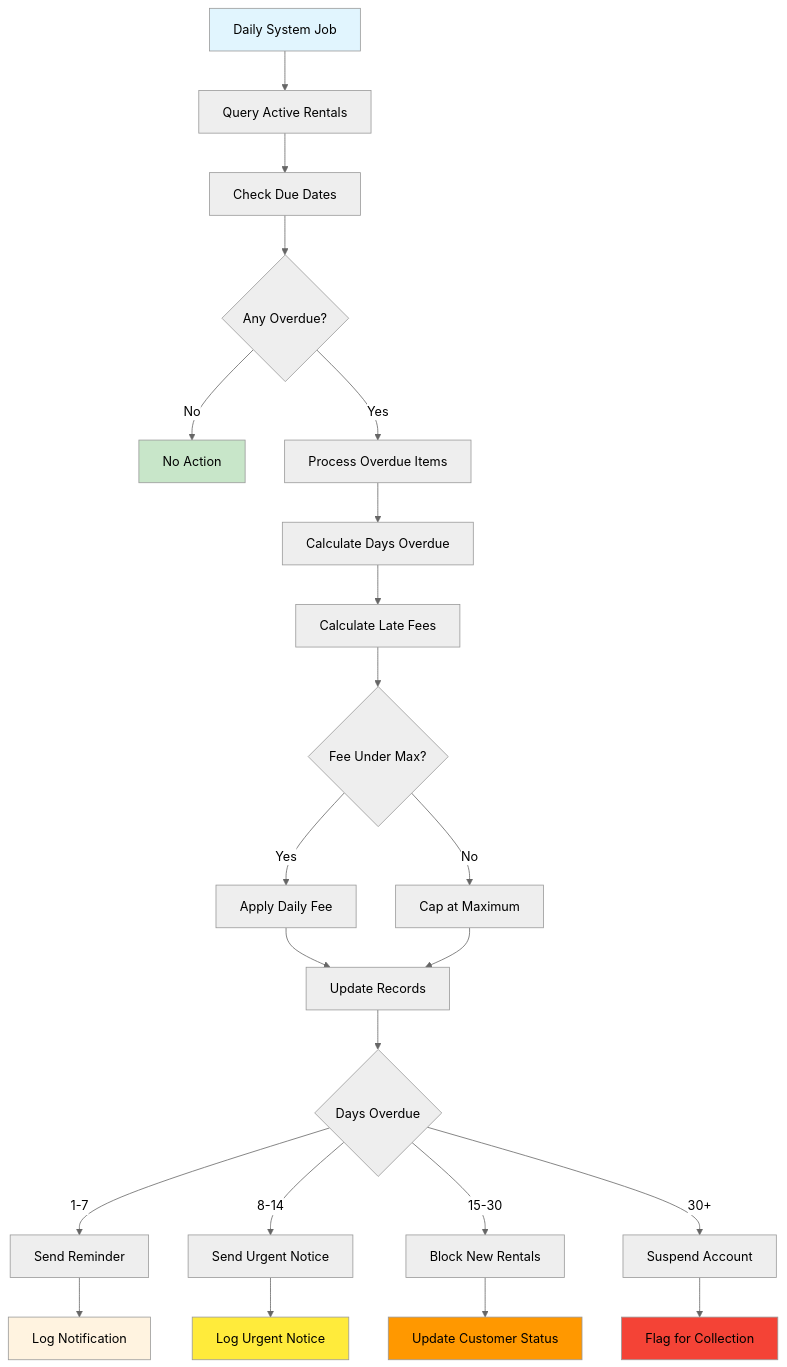
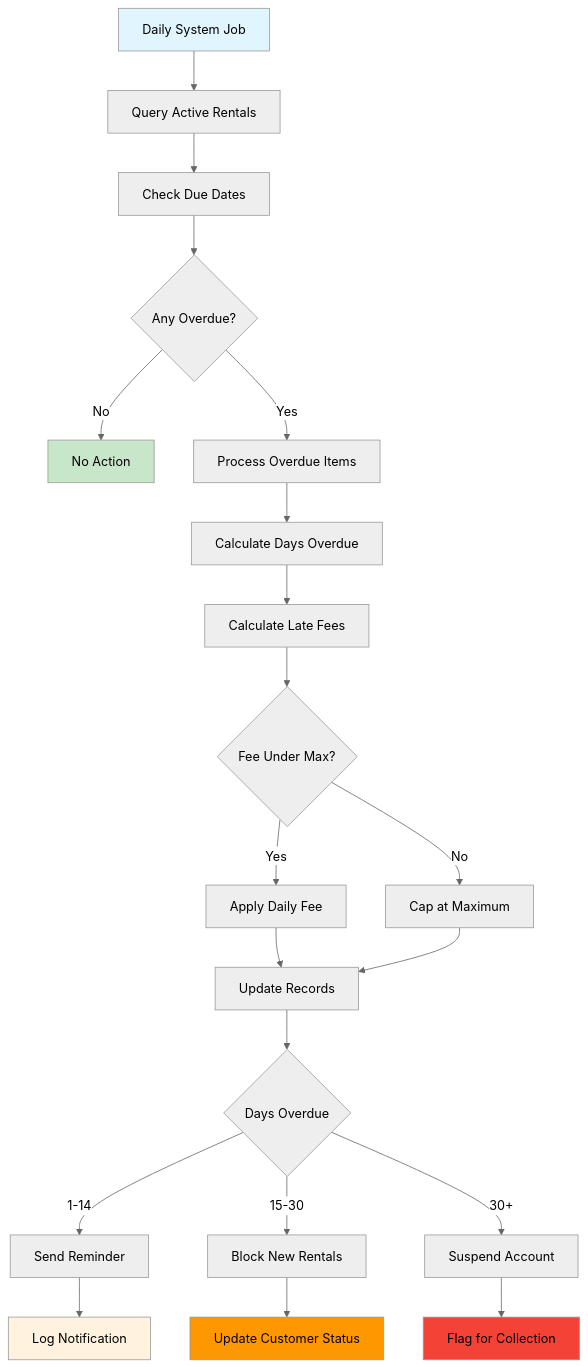
The diagram in diagrams/workflows/05-overdue-management-workflow.md (tiberius-s/video-rental-demo), drawn with Mermaid (neutral theme) before and after one commit. The commit also changed 18 other files, not shown here.

````diff
--- a/diagrams/workflows/05-overdue-management-workflow.md
+++ b/diagrams/workflows/05-overdue-management-workflow.md
@@ -18,36 +18,33 @@
 ```mermaid
 flowchart TD
     A[Daily System Job] --> B[Query Active Rentals]
     B --> C[Check Due Dates]
     C --> D{Any Overdue?}
     D -->|No| E[No Action]
     D -->|Yes| F[Process Overdue Items]
 
     %% Overdue Processing
     F --> G[Calculate Days Overdue]
     G --> H[Calculate Late Fees]
     H --> I{Fee Under Max?}
     I -->|Yes| J[Apply Daily Fee]
     I -->|No| K[Cap at Maximum]
     J --> L[Update Records]
     K --> L
 
     %% Customer Status
     L --> M{Days Overdue}
-    M -->|1-7| N[Send Reminder]
-    M -->|8-14| O[Send Urgent Notice]
-    M -->|15-30| P[Block New Rentals]
-    M -->|30+| Q[Suspend Account]
+    M -->|1-14| N[Send Reminder]
+    M -->|15-30| O[Block New Rentals]
+    M -->|30+| P[Suspend Account]
 
-    N --> R[Log Notification]
-    O --> S[Log Urgent Notice]
-    P --> T[Update Customer Status]
-    Q --> U[Flag for Collection]
+    N --> Q[Log Notification]
+    O --> R[Update Customer Status]
+    P --> S[Flag for Collection]
 
     style A fill:#e1f5fe
     style E fill:#c8e6c9
-    style R fill:#fff3e0
-    style S fill:#ffeb3b
-    style T fill:#ff9800
-    style U fill:#f44336
+    style Q fill:#fff3e0
+    style R fill:#ff9800
+    style S fill:#f44336
 ```
````
